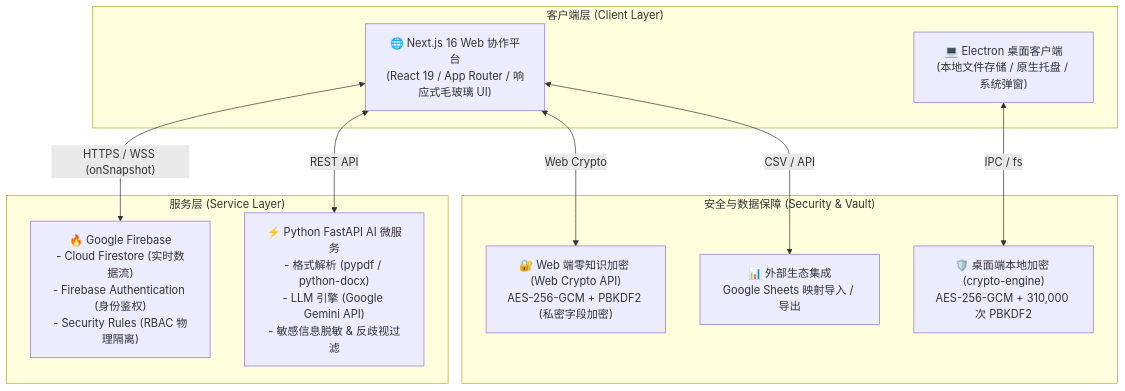
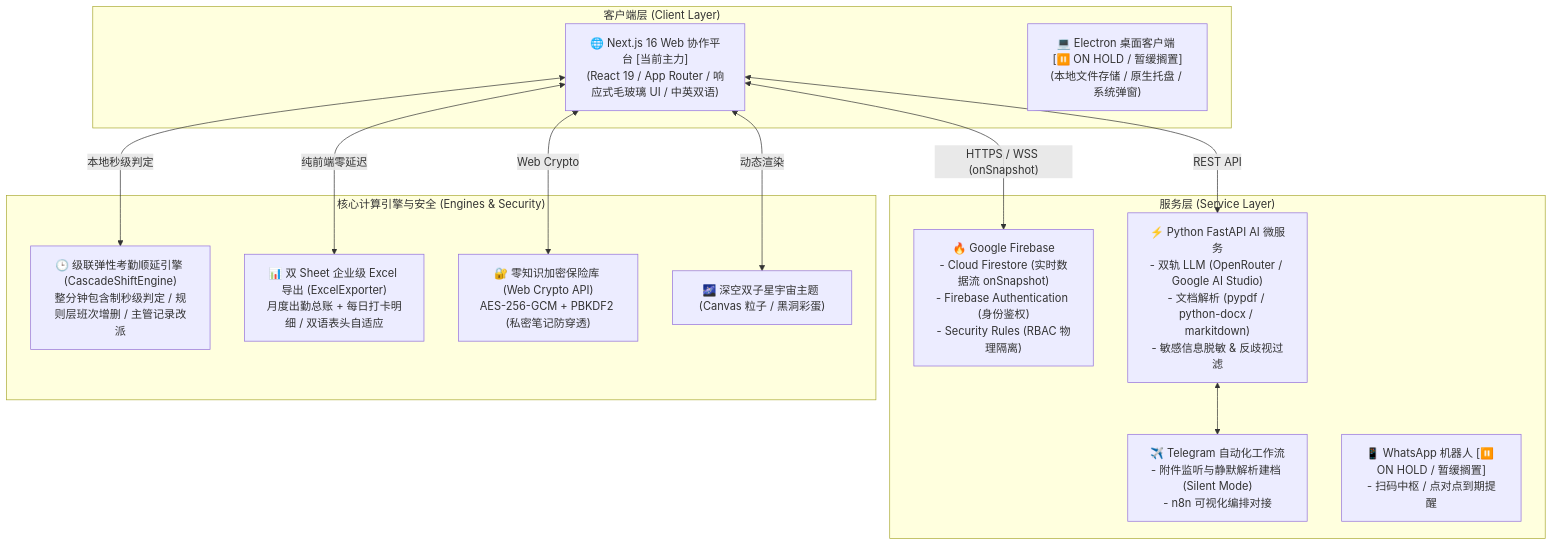
One commit to seantan338/LKL-SR-Tools changed the diagram in README.md. Above: the diagram before and after it, drawn with Mermaid. The commit also changed other lines of this file and 16 other files, not shown here.

````diff
--- a/README.md
+++ b/README.md
@@ -32,24 +40,29 @@
 ```mermaid
 flowchart TB
     subgraph ClientLayer ["客户端层 (Client Layer)"]
-        Web["🌐 Next.js 16 Web 协作平台<br/>(React 19 / App Router / 响应式毛玻璃 UI)"]
-        Desktop["💻 Electron 桌面客户端<br/>(本地文件存储 / 原生托盘 / 系统弹窗)"]
+        Web["🌐 Next.js 16 Web 协作平台 [当前主力]<br/>(React 19 / App Router / 响应式毛玻璃 UI / 中英双语)"]
+        Desktop["💻 Electron 桌面客户端 [⏸️ ON HOLD / 暂缓搁置]<br/>(本地文件存储 / 原生托盘 / 系统弹窗)"]
     end
 
     subgraph ServiceLayer ["服务层 (Service Layer)"]
-        Firebase["🔥 Google Firebase<br/>- Cloud Firestore (实时数据流)<br/>- Firebase Authentication (身份鉴权)<br/>- Security Rules (RBAC 物理隔离)"]
-        AIBackend["⚡ Python FastAPI AI 微服务<br/>- 格式解析 (pypdf / python-docx)<br/>- LLM 引擎 (Google Gemini API)<br/>- 敏感信息脱敏 & 反歧视过滤"]
+        Firebase["🔥 Google Firebase<br/>- Cloud Firestore (实时数据流 onSnapshot)<br/>- Firebase Authentication (身份鉴权)<br/>- Security Rules (RBAC 物理隔离)"]
+        AIBackend["⚡ Python FastAPI AI 微服务<br/>- 双轨 LLM (OpenRouter / Google AI Studio)<br/>- 文档解析 (pypdf / python-docx / markitdown)<br/>- 敏感信息脱敏 & 反歧视过滤"]
+        TelegramBot["✈️ Telegram 自动化工作流<br/>- 附件监听与静默解析建档 (Silent Mode)<br/>- n8n 可视化编排对接"]
+        WhatsAppBot["📱 WhatsApp 机器人 [⏸️ ON HOLD / 暂缓搁置]<br/>- 扫码中枢 / 点对点到期提醒"]
     end
 
-    subgraph SecurityVault ["安全与数据保障 (Security & Vault)"]
-        WebCrypto["🔐 Web 端零知识加密 (Web Crypto API)<br/>AES-256-GCM + PBKDF2 (私密字段加密)"]
-        DesktopCrypto["🛡️ 桌面端本地加密 (crypto-engine)<br/>AES-256-GCM + 310,000 次 PBKDF2"]
-        Sheets["📊 外部生态集成<br/>Google Sheets 映射导入 / 导出"]
+    subgraph CoreEngines ["核心计算引擎与安全 (Engines & Security)"]
+        ShiftEngine["🕒 级联弹性考勤顺延引擎 (CascadeShiftEngine)<br/>整分钟包含制秒级判定 / 规则层班次增删 / 主管记录改派"]
+        ExcelGen["📊 双 Sheet 企业级 Excel 导出 (ExcelExporter)<br/>月度出勤总账 + 每日打卡明细 / 双语表头自适应"]
+        WebCrypto["🔐 零知识加密保险库 (Web Crypto API)<br/>AES-256-GCM + PBKDF2 (私密笔记防穿透)"]
+        ThemeEngine["🌌 深空双子星宇宙主题 (Canvas 粒子 / 黑洞彩蛋)"]
     end
 
     Web <-->|"HTTPS / WSS (onSnapshot)"| Firebase
     Web <-->|"REST API"| AIBackend
+    Web <-->|"本地秒级判定"| ShiftEngine
+    Web <-->|"纯前端零延迟"| ExcelGen
     Web <-->|"Web Crypto"| WebCrypto
-    Web <-->|"CSV / API"| Sheets
-    Desktop <-->|"IPC / fs"| DesktopCrypto
+    Web <-->|"动态渲染"| ThemeEngine
+    AIBackend <--> TelegramBot
 ```
````
